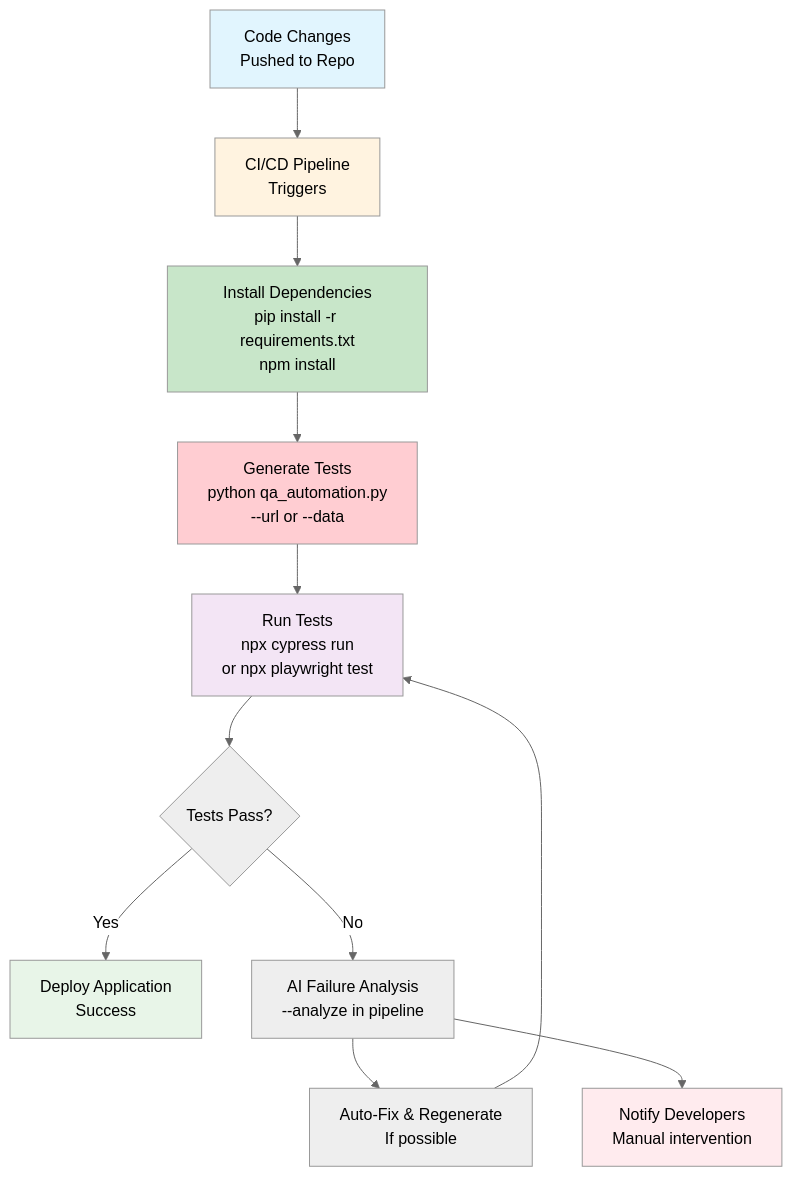
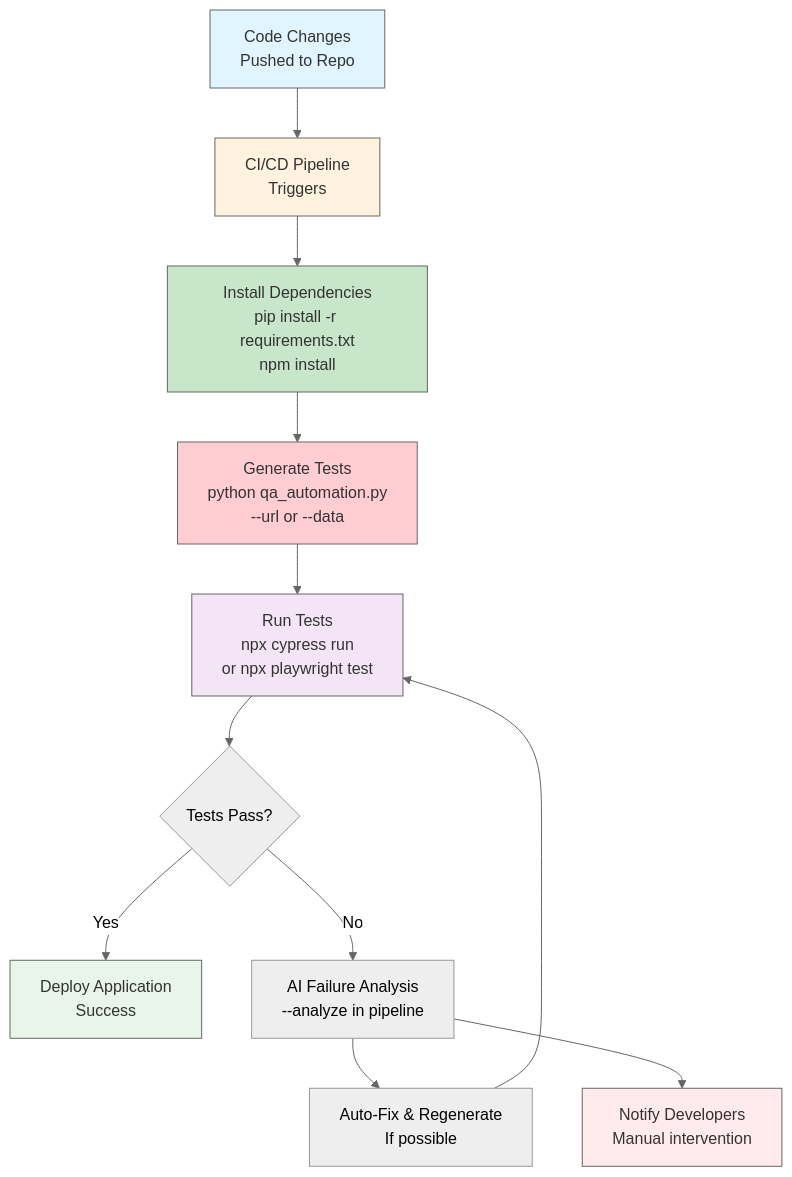
The third of 3 diagrams in README.md (aiqualitylab/ai-natural-language-tests), drawn with Mermaid (neutral theme) before and after one commit. The commit also changed other lines of this file, not shown here.

Commit message:
fix invisible node text in Mermaid diagrams by adding explicit dark color and stroke

````diff
--- a/README.md
+++ b/README.md
@@ -298,21 +298,21 @@
 ```mermaid
 flowchart TD
     A[Code Changes<br/>Pushed to Repo] --> B[CI/CD Pipeline<br/>Triggers]
     B --> C[Install Dependencies<br/>pip install -r requirements.txt<br/>npm install]
     C --> D[Generate Tests<br/>python qa_automation.py<br/>--url or --data]
     D --> E[Run Tests<br/>npx cypress run<br/>or npx playwright test]
     E --> F{Tests Pass?}
     F -->|Yes| G[Deploy Application<br/>Success]
     F -->|No| H[AI Failure Analysis<br/>--analyze in pipeline]
     H --> I[Auto-Fix & Regenerate<br/>If possible]
     I --> E
     H --> J[Notify Developers<br/>Manual intervention]
 
-    style A fill:#e1f5fe
-    style B fill:#fff3e0
-    style C fill:#c8e6c9
-    style D fill:#ffcdd2
-    style E fill:#f3e5f5
-    style G fill:#e8f5e8
-    style J fill:#ffebee
+    style A fill:#e1f5fe,color:#333333,stroke:#666666
+    style B fill:#fff3e0,color:#333333,stroke:#666666
+    style C fill:#c8e6c9,color:#333333,stroke:#666666
+    style D fill:#ffcdd2,color:#333333,stroke:#666666
+    style E fill:#f3e5f5,color:#333333,stroke:#666666
+    style G fill:#e8f5e8,color:#333333,stroke:#666666
+    style J fill:#ffebee,color:#333333,stroke:#666666
 ```
````
